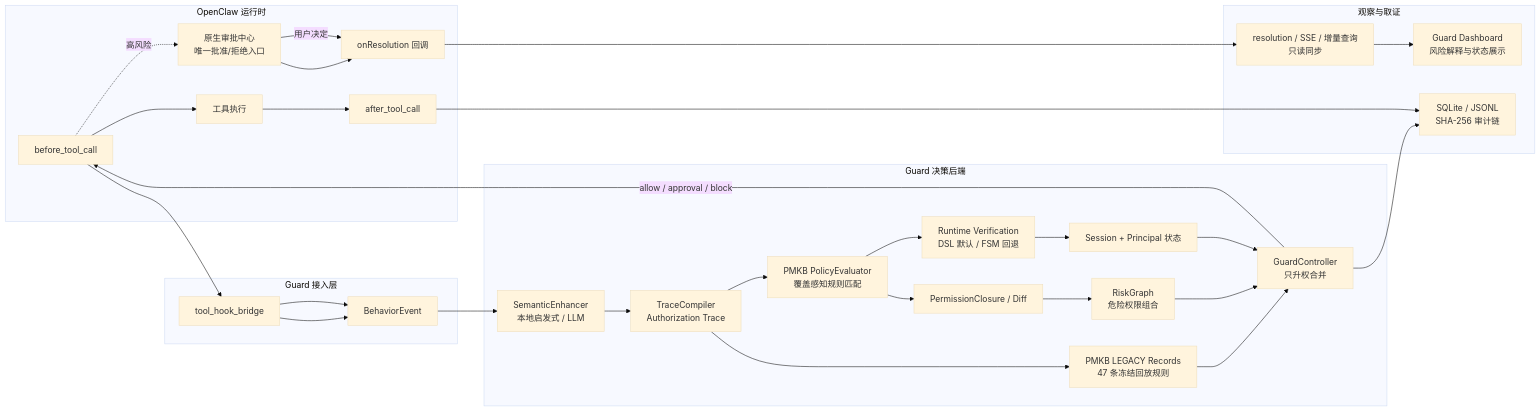
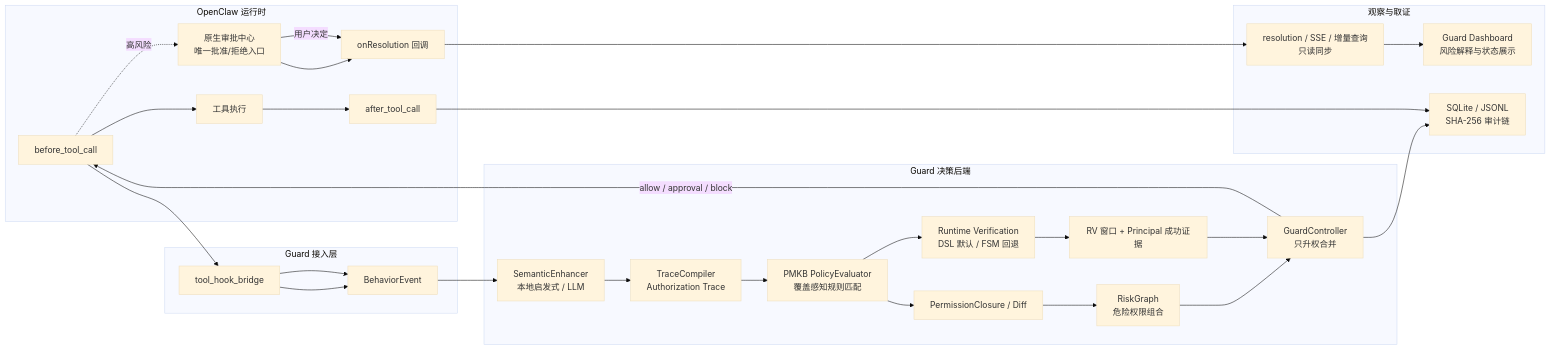
Before and after one commit to HorizonExploration/RVguarder: the first of 4 diagrams in docs/architecture/permission-modeling-diagrams.md, drawn with Mermaid (base theme). The commit also changed other lines of this file and 31 other files, not shown here.

````diff
--- a/docs/architecture/permission-modeling-diagrams.md
+++ b/docs/architecture/permission-modeling-diagrams.md
@@ -11,51 +11,48 @@
 ```mermaid
 flowchart LR
     subgraph OC[OpenClaw 运行时]
         H1[before_tool_call]
         H2[工具执行]
         H3[after_tool_call]
         AP[原生审批中心\n唯一批准/拒绝入口]
         RES[onResolution 回调]
         H1 --> H2 --> H3
         H1 -.高风险.-> AP --> RES
     end
 
     subgraph ING[Guard 接入层]
         BR[tool_hook_bridge]
         BE[BehaviorEvent]
         BR --> BE
     end
 
     subgraph CORE[Guard 决策后端]
         SEM[SemanticEnhancer\n本地启发式 / LLM]
         TRACE[TraceCompiler\nAuthorization Trace]
-        DET[PMKB LEGACY Records\n47 条冻结回放规则]
         POL[PMKB PolicyEvaluator\n覆盖感知规则匹配]
         DIFF[PermissionClosure / Diff]
         RISK[RiskGraph\n危险权限组合]
         RV[Runtime Verification\nDSL 默认 / FSM 回退]
-        STATE[Session + Principal 状态]
+        STATE[RV 窗口 + Principal 成功证据]
         CTRL[GuardController\n只升权合并]
         SEM --> TRACE
-        TRACE --> DET
         TRACE --> POL
         POL --> DIFF --> RISK
         POL --> RV
-        DET --> CTRL
         RISK --> CTRL
         RV --> STATE --> CTRL
     end
 
     subgraph SURFACE[观察与取证]
         SSE[resolution / SSE / 增量查询\n只读同步]
         UI[Guard Dashboard\n风险解释与状态展示]
         AUD[SQLite / JSONL\nSHA-256 审计链]
         SSE --> UI
         CTRL --> AUD
     end
 
     H1 --> BR --> BE --> SEM
     CTRL -->|allow / approval / block| H1
     AP -->|用户决定| RES --> SSE
     H3 --> AUD
 ```
````
